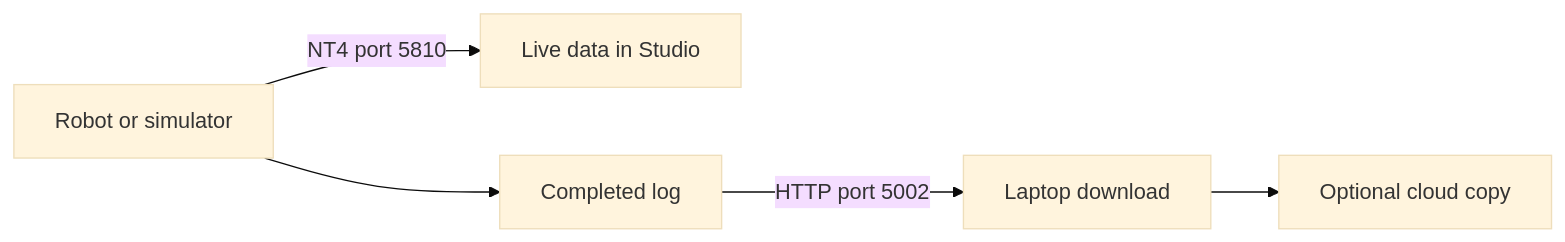
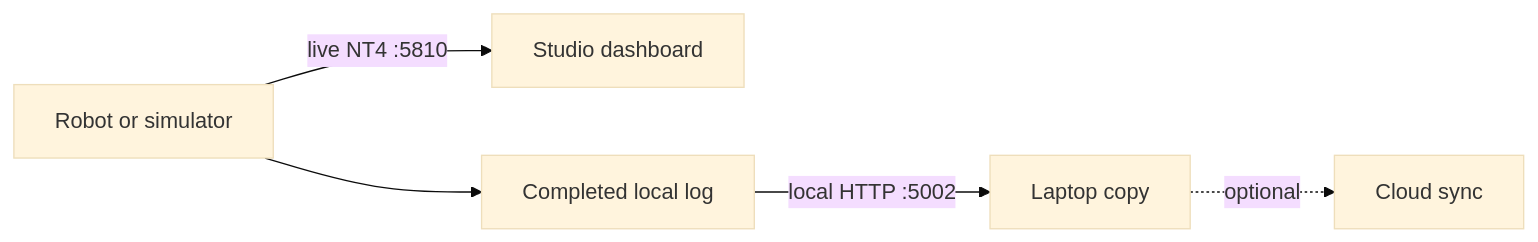
The diagram in content/learning/robotics-foundations/06-telemetry-and-logs.md (ARES-23247/ARESWEB), drawn with Mermaid (base theme) before and after one commit. The commit also changed other lines of this file and 7 other files, not shown here.

````diff
--- a/content/learning/robotics-foundations/06-telemetry-and-logs.md
+++ b/content/learning/robotics-foundations/06-telemetry-and-logs.md
@@ -12,8 +36,8 @@
 ```mermaid
-%% aria: The robot sends live NT4 data to Studio and saves completed log files for a laptop to download over the local network.
+%% aria: A robot or simulator publishes live NT4 telemetry to ARES Robotics Studio on port 5810. It also writes completed local logs. A laptop retrieves completed logs through a local HTTP service on port 5002 and may later perform optional cloud sync.
 flowchart LR
-    A["Robot or simulator"] -->|"NT4 port 5810"| B["Live data in Studio"]
-    A --> C["Completed log"]
-    C -->|"HTTP port 5002"| D["Laptop download"]
-    D --> E["Optional cloud copy"]
+  A["Robot or simulator"] -->|"live NT4 :5810"| B["Studio dashboard"]
+  A --> C["Completed local log"]
+  C -->|"local HTTP :5002"| D["Laptop copy"]
+  D -. "optional" .-> E["Cloud sync"]
 ```
````
